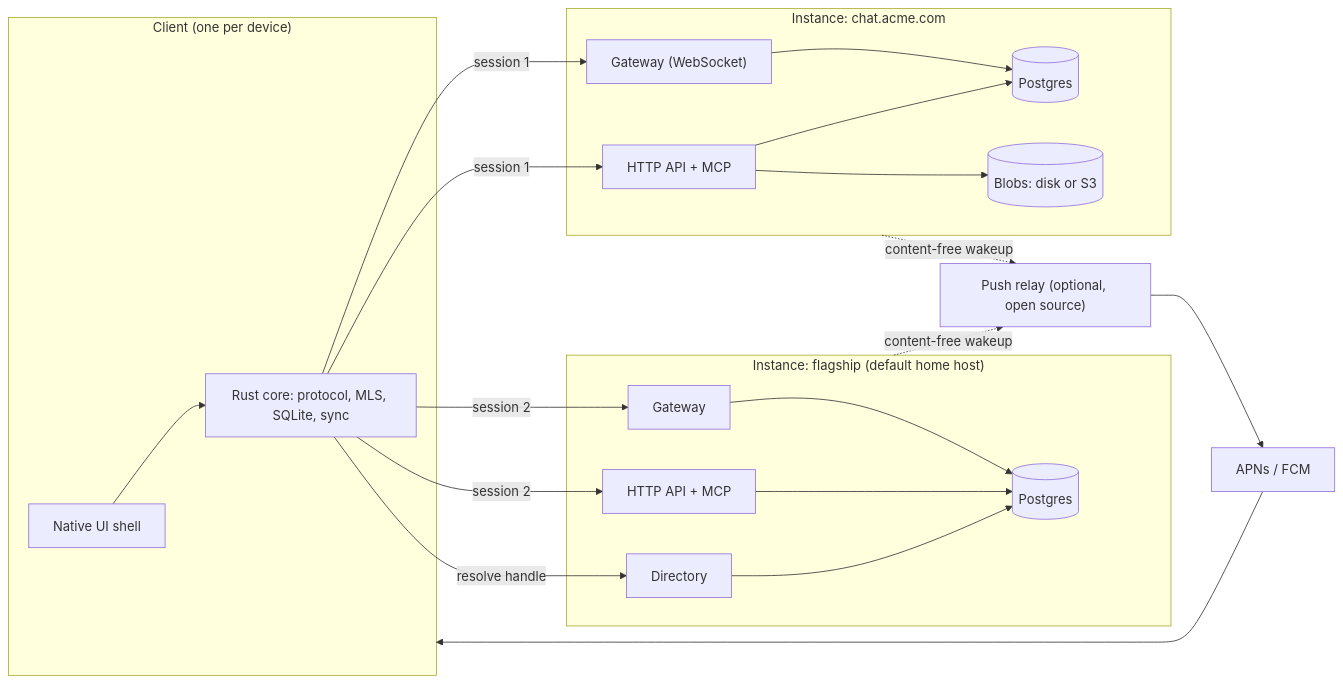
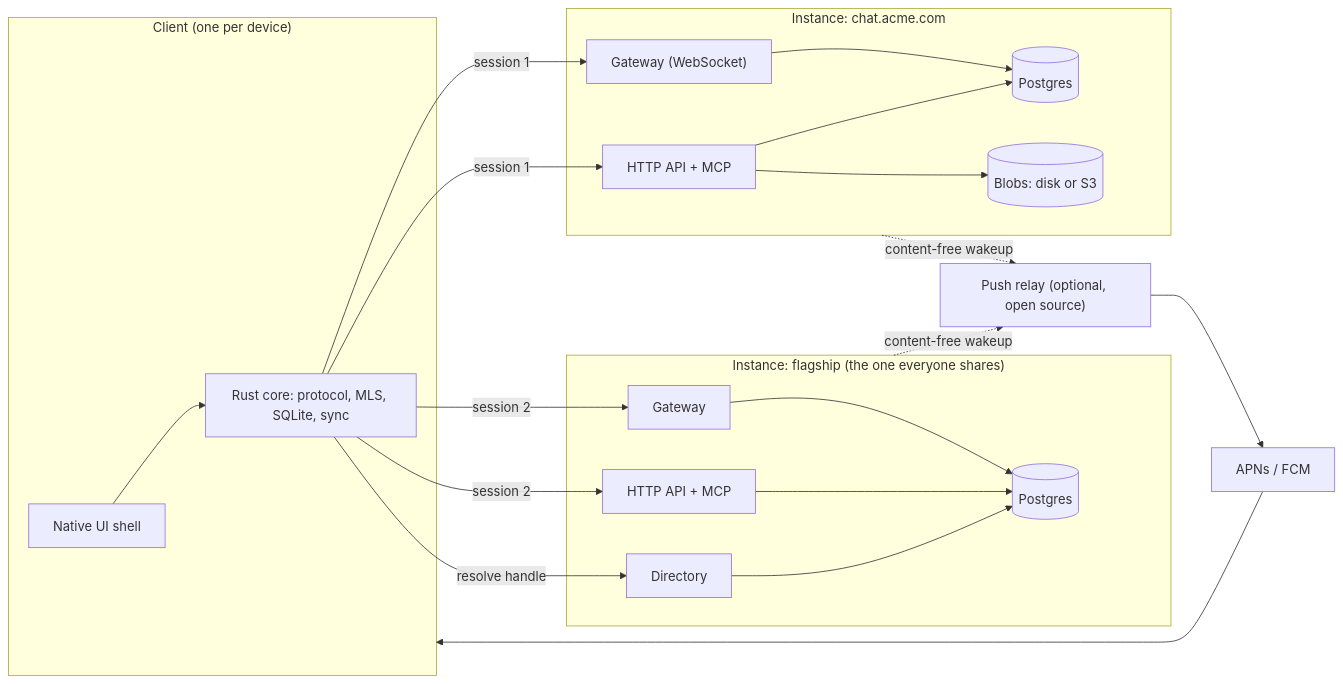
The first of 2 diagrams in docs/architecture.md (lumia-chat/lumia), drawn with Mermaid before and after one commit. The commit also changed other lines of this file, not shown here.

First line of the commit message:
Simplify personal DMs: flagship is global, no cross-instance routing

````diff
--- a/docs/architecture.md
+++ b/docs/architecture.md
@@ -22,40 +22,40 @@
 ```mermaid
 flowchart LR
   subgraph Client["Client (one per device)"]
     UI["Native UI shell"]
     Core["Rust core: protocol, MLS, SQLite, sync"]
     UI --> Core
   end
 
   subgraph InstanceA["Instance: chat.acme.com"]
     GWA["Gateway (WebSocket)"]
     APIA["HTTP API + MCP"]
     PGA[("Postgres")]
     BlobA[("Blobs: disk or S3")]
     GWA --> PGA
     APIA --> PGA
     APIA --> BlobA
   end
 
-  subgraph Flagship["Instance: flagship (default home host)"]
+  subgraph Flagship["Instance: flagship (the one everyone shares)"]
     GWF["Gateway"]
     APIF["HTTP API + MCP"]
     Dir["Directory"]
     PGF[("Postgres")]
     GWF --> PGF
     APIF --> PGF
     Dir --> PGF
   end
 
   Relay["Push relay (optional, open source)"]
   APNs["APNs / FCM"]
 
   Core -- "session 1" --> GWA
   Core -- "session 1" --> APIA
   Core -- "session 2" --> GWF
   Core -- "session 2" --> APIF
   Core -- "resolve handle" --> Dir
   InstanceA -. "content-free wakeup" .-> Relay
   Flagship -. "content-free wakeup" .-> Relay
   Relay --> APNs --> Client
 ```
````
